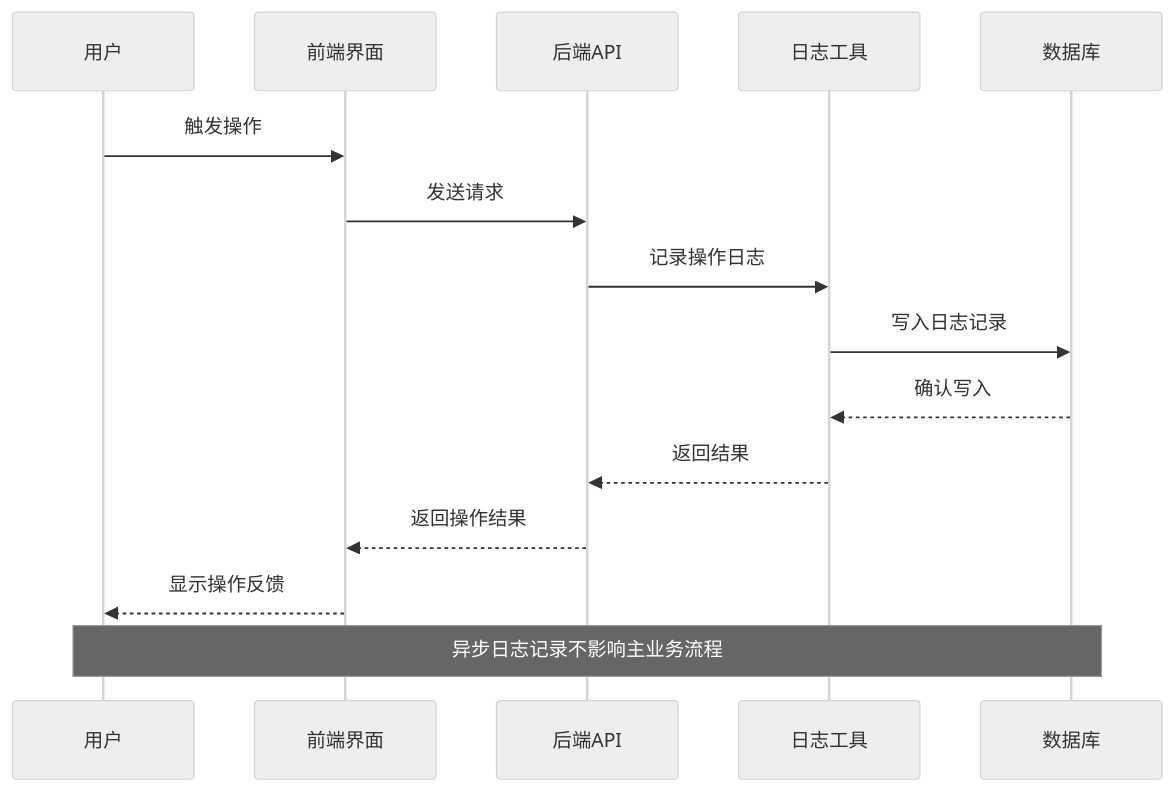
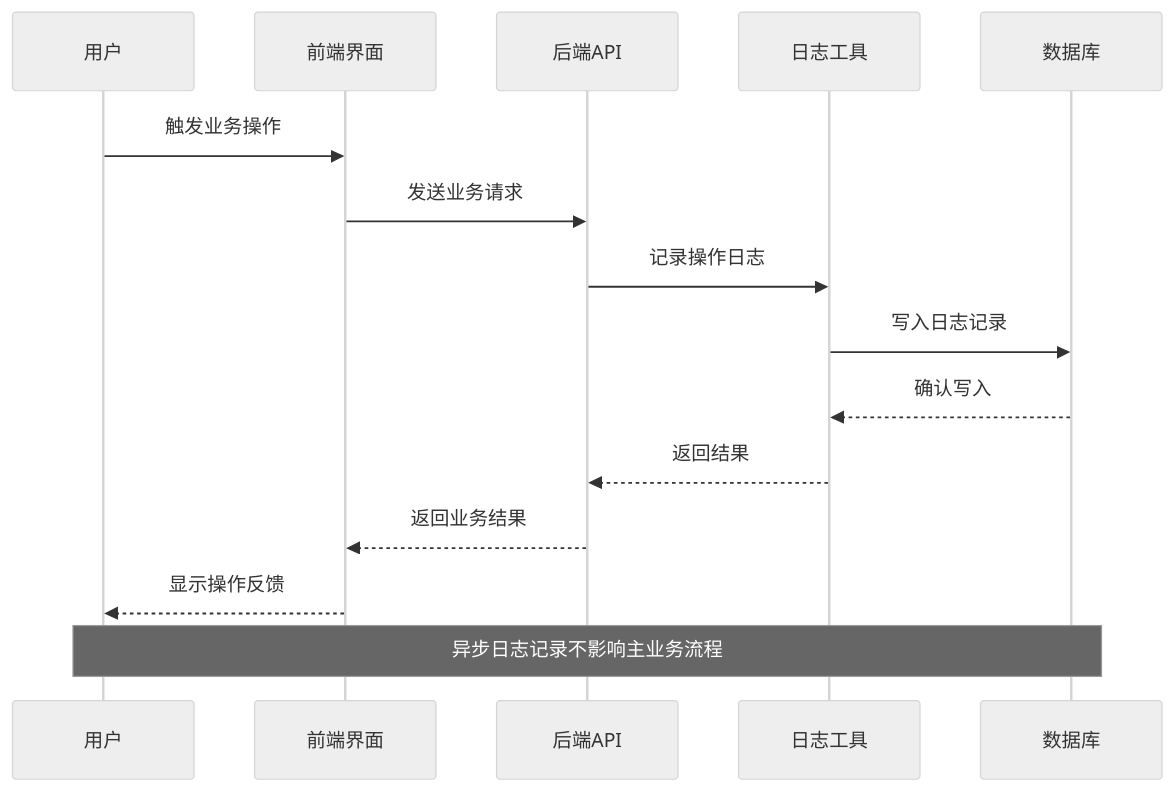
One commit to ismine3/OPS changed the second of 9 diagrams in .qoder/repowiki/zh/content/核心功能模块/操作日志管理模块.md. Above: the diagram before and after it, drawn with Mermaid (neutral theme). The commit also changed other lines of this file and 5 other files, not shown here.

````diff
--- a/.qoder/repowiki/zh/content/核心功能模块/操作日志管理模块.md
+++ b/.qoder/repowiki/zh/content/核心功能模块/操作日志管理模块.md
@@ -109,17 +130,17 @@
 ```mermaid
 sequenceDiagram
 participant U as 用户
 participant FE as 前端界面
 participant API as 后端API
 participant LOG as 日志工具
 participant DB as 数据库
-U->>FE : 触发操作
-FE->>API : 发送请求
+U->>FE : 触发业务操作
+FE->>API : 发送业务请求
 API->>LOG : 记录操作日志
 LOG->>DB : 写入日志记录
 DB-->>LOG : 确认写入
 LOG-->>API : 返回结果
-API-->>FE : 返回操作结果
+API-->>FE : 返回业务结果
 FE-->>U : 显示操作反馈
 Note over U,DB : 异步日志记录不影响主业务流程
 ```
````
